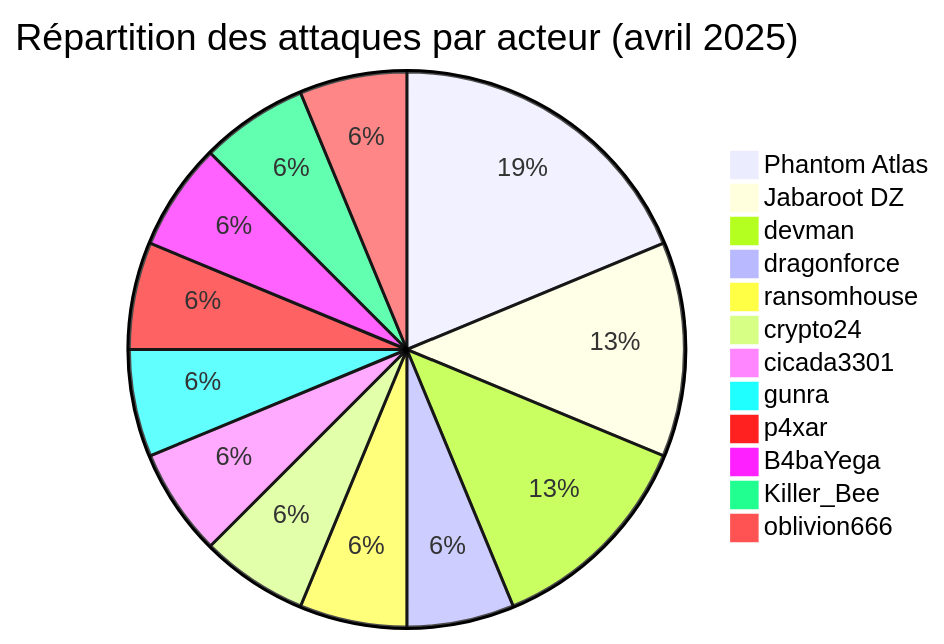
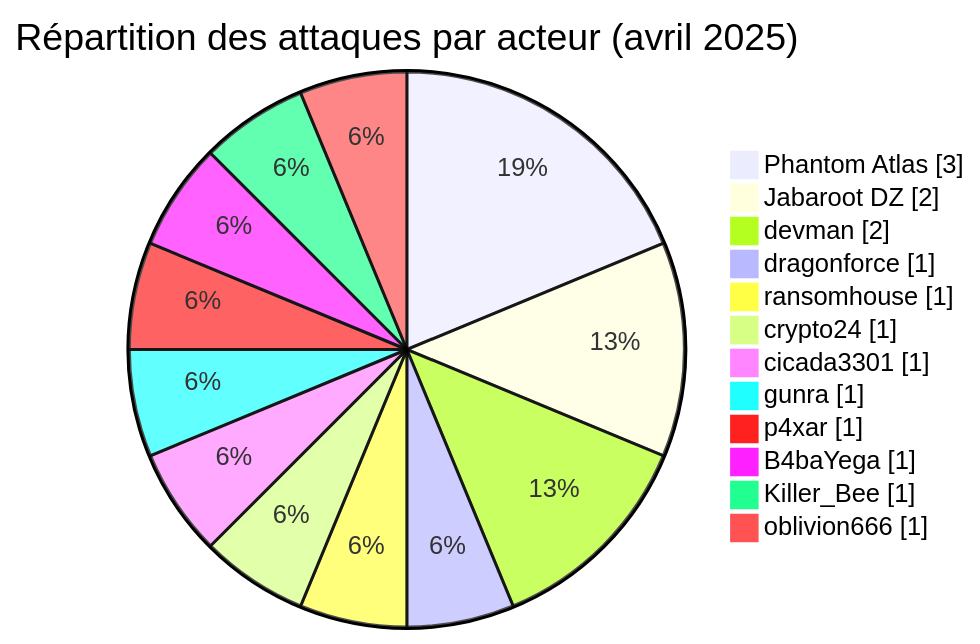
The first of 6 diagrams in CyberAttackAfrica/2025/04-april/README_FR.md (Hatchepsoute/AFRINTEL), drawn with Mermaid before and after one commit. The commit also changed other lines of this file and 182 other files, not shown here.

````diff
--- a/CyberAttackAfrica/2025/04-april/README_FR.md
+++ b/CyberAttackAfrica/2025/04-april/README_FR.md
@@ -38,15 +41,16 @@
 ```mermaid
-pie title Répartition des attaques par acteur (avril 2025)
+pie showData
+    title Répartition des attaques par acteur (avril 2025)
     "Phantom Atlas" : 3
     "Jabaroot DZ" : 2
     "devman" : 2
     "dragonforce" : 1
     "ransomhouse" : 1
     "crypto24" : 1
     "cicada3301" : 1
     "gunra" : 1
     "p4xar" : 1
     "B4baYega" : 1
     "Killer_Bee" : 1
     "oblivion666" : 1
 ```
````
